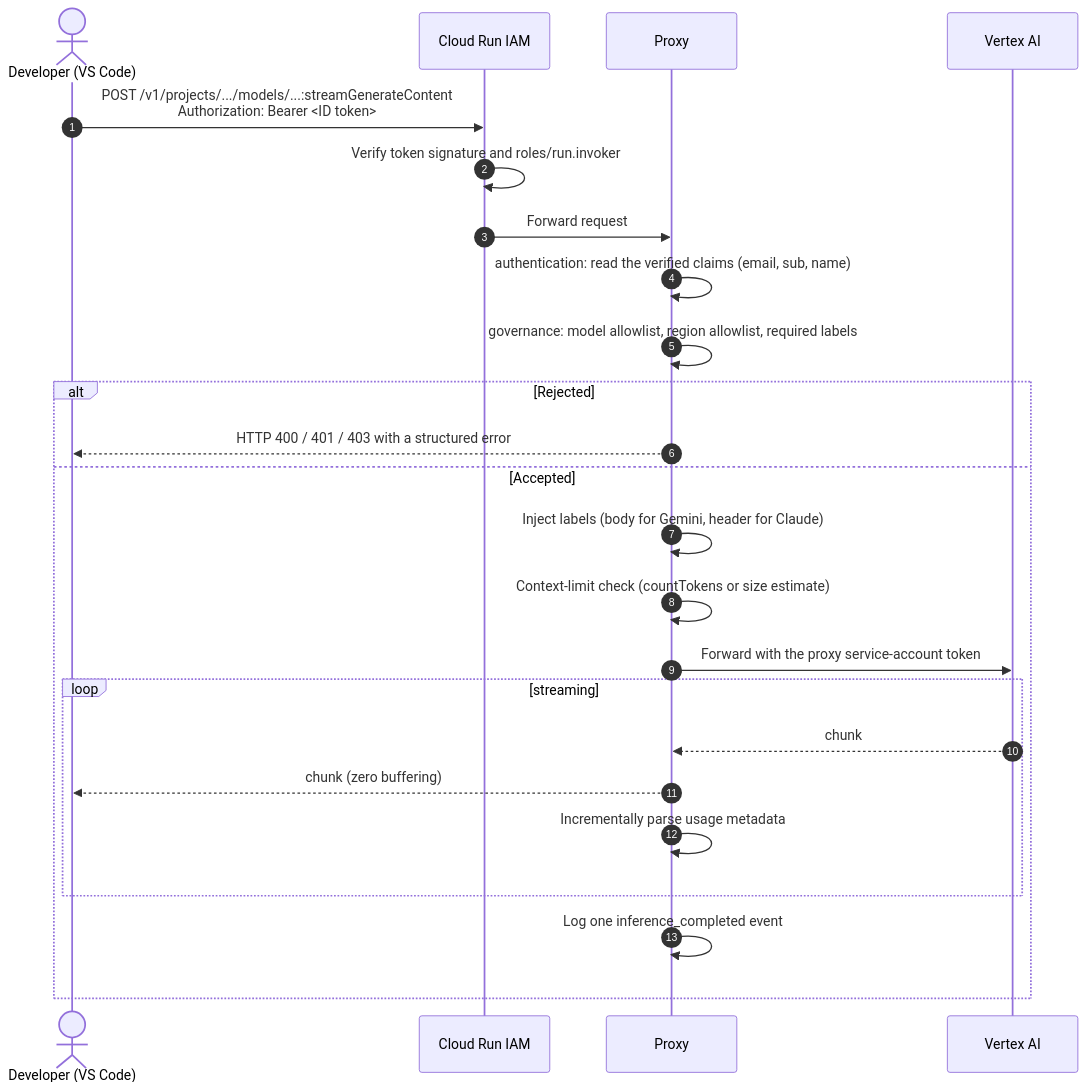
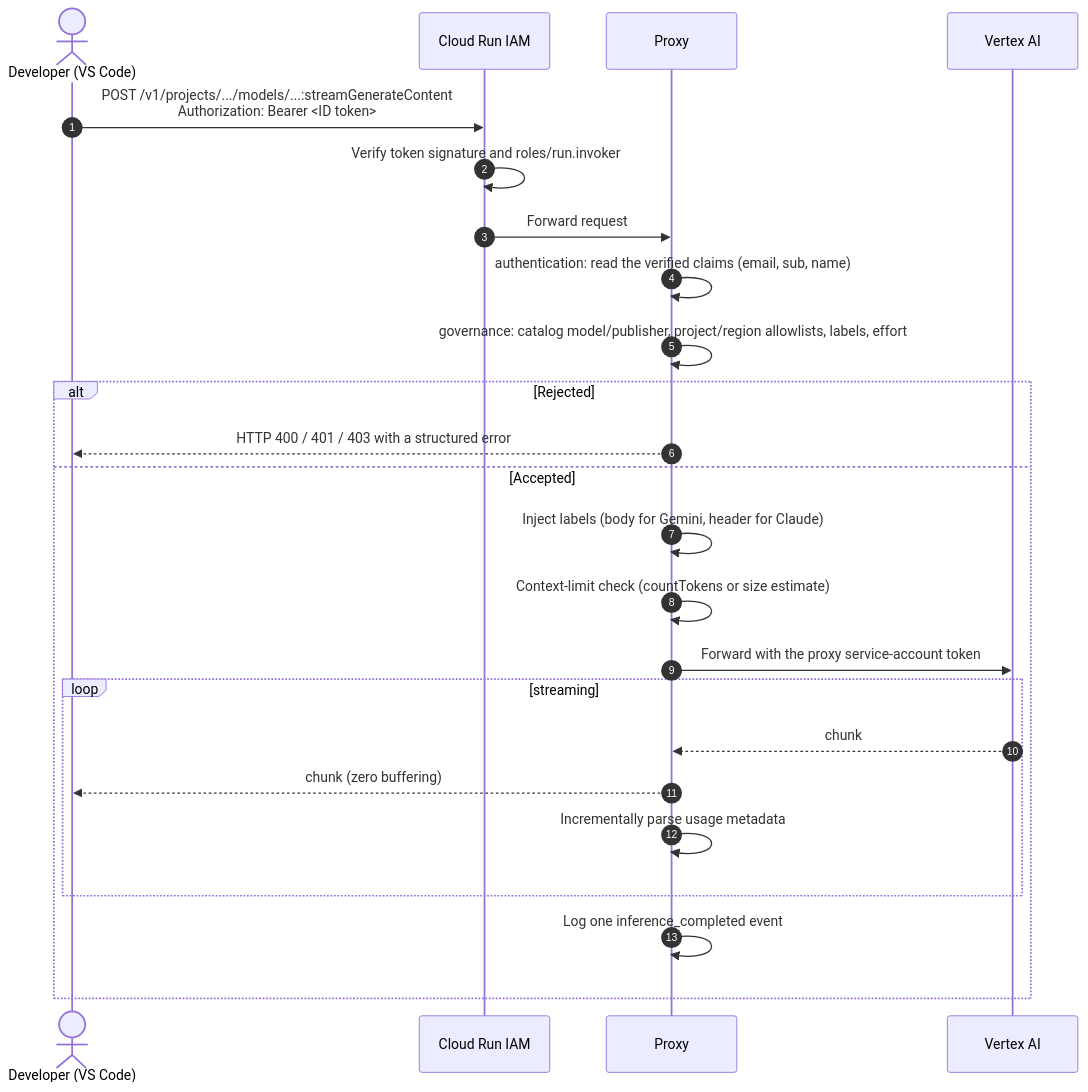
The second of 2 diagrams in docs/02-architecture.md (jorsm/vertex-ai-models-chat-provider-proxy), drawn with Mermaid before and after one commit. The commit also changed 30 other files, not shown here.

First line of the commit message:
feat(proxy): canonical model effort policy and dead-code cleanup

````diff
--- a/docs/02-architecture.md
+++ b/docs/02-architecture.md
@@ -49,27 +49,27 @@
 ```mermaid
 sequenceDiagram
     autonumber
     actor Dev as Developer (VS Code)
     participant Run as Cloud Run IAM
     participant Proxy as Proxy
     participant Vertex as Vertex AI
 
     Dev->>Run: POST /v1/projects/.../models/...:streamGenerateContent<br/>Authorization: Bearer <ID token>
     Run->>Run: Verify token signature and roles/run.invoker
     Run->>Proxy: Forward request
     Proxy->>Proxy: authentication: read the verified claims (email, sub, name)
-    Proxy->>Proxy: governance: model allowlist, region allowlist, required labels
+    Proxy->>Proxy: governance: catalog model/publisher, project/region allowlists, labels, effort
     alt Rejected
         Proxy-->>Dev: HTTP 400 / 401 / 403 with a structured error
     else Accepted
         Proxy->>Proxy: Inject labels (body for Gemini, header for Claude)
         Proxy->>Proxy: Context-limit check (countTokens or size estimate)
         Proxy->>Vertex: Forward with the proxy service-account token
         loop streaming
             Vertex-->>Proxy: chunk
             Proxy-->>Dev: chunk (zero buffering)
             Proxy->>Proxy: Incrementally parse usage metadata
         end
         Proxy->>Proxy: Log one inference_completed event
     end
 ```
````
